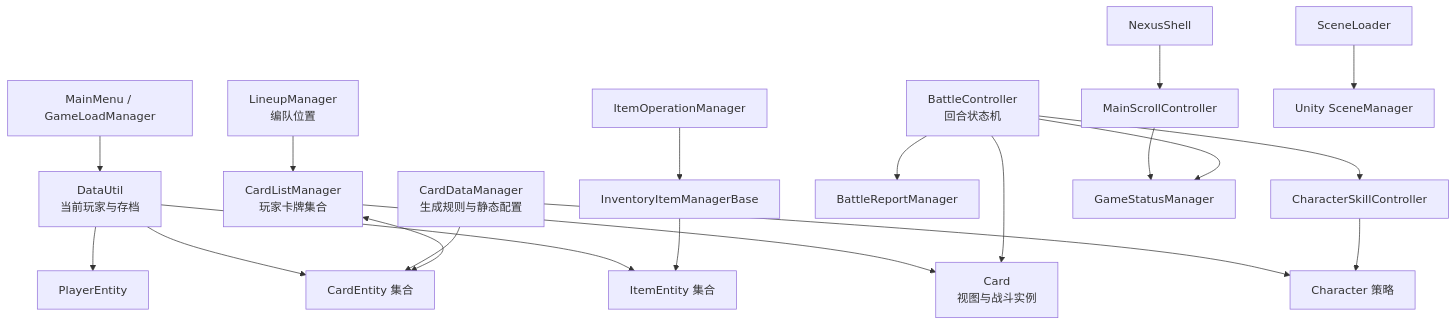
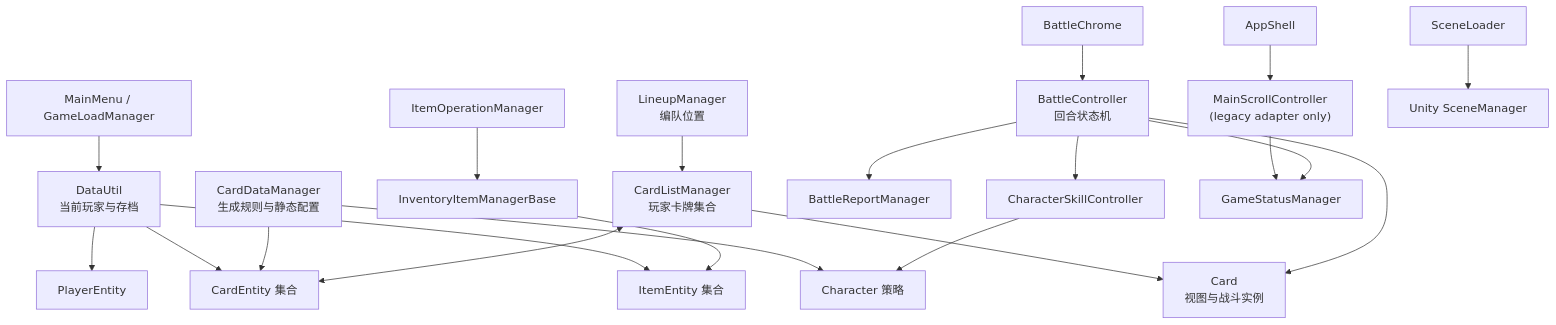
One commit to Grindewald1900/Galactic-Frontier changed the first of 5 diagrams in Documentation/zh-CN/10-core-classes.md. Above: the diagram before and after it, drawn with Mermaid. The commit also changed other lines of this file and 67 other files, not shown here.

First line of the commit message:
Replace Nexus overlay shell with AppShell screens and expandable nav layout.

````diff
--- a/Documentation/zh-CN/10-core-classes.md
+++ b/Documentation/zh-CN/10-core-classes.md
@@ -7,26 +7,27 @@
 ```mermaid
 flowchart TB
     Menu["MainMenu / GameLoadManager"] --> Data["DataUtil\n当前玩家与存档"]
     Data --> Player["PlayerEntity"]
     Data --> CardModel["CardEntity 集合"]
     Data --> ItemModel["ItemEntity 集合"]
 
     CardData["CardDataManager\n生成规则与静态配置"] --> CardModel
     CardData --> Strategy["Character 策略"]
     CardList["CardListManager\n玩家卡牌集合"] <--> CardModel
     CardList --> CardView["Card\n视图与战斗实例"]
     Lineup["LineupManager\n编队位置"] --> CardList
 
     Battle["BattleController\n回合状态机"] --> CardView
     Battle --> Registry["CharacterSkillController"]
     Registry --> Strategy
     Battle --> Report["BattleReportManager"]
 
     Inventory["InventoryItemManagerBase"] --> ItemModel
     ItemOps["ItemOperationManager"] --> Inventory
 
-    Nexus["NexusShell"] --> MainScroll["MainScrollController"]
+    Nexus["AppShell"] --> MainScroll["MainScrollController\n(legacy adapter only)"]
     MainScroll --> Status["GameStatusManager"]
     Battle --> Status
     Loader["SceneLoader"] --> UnityScenes["Unity SceneManager"]
+    BattleChrome["BattleChrome"] --> Battle
 ```
````
